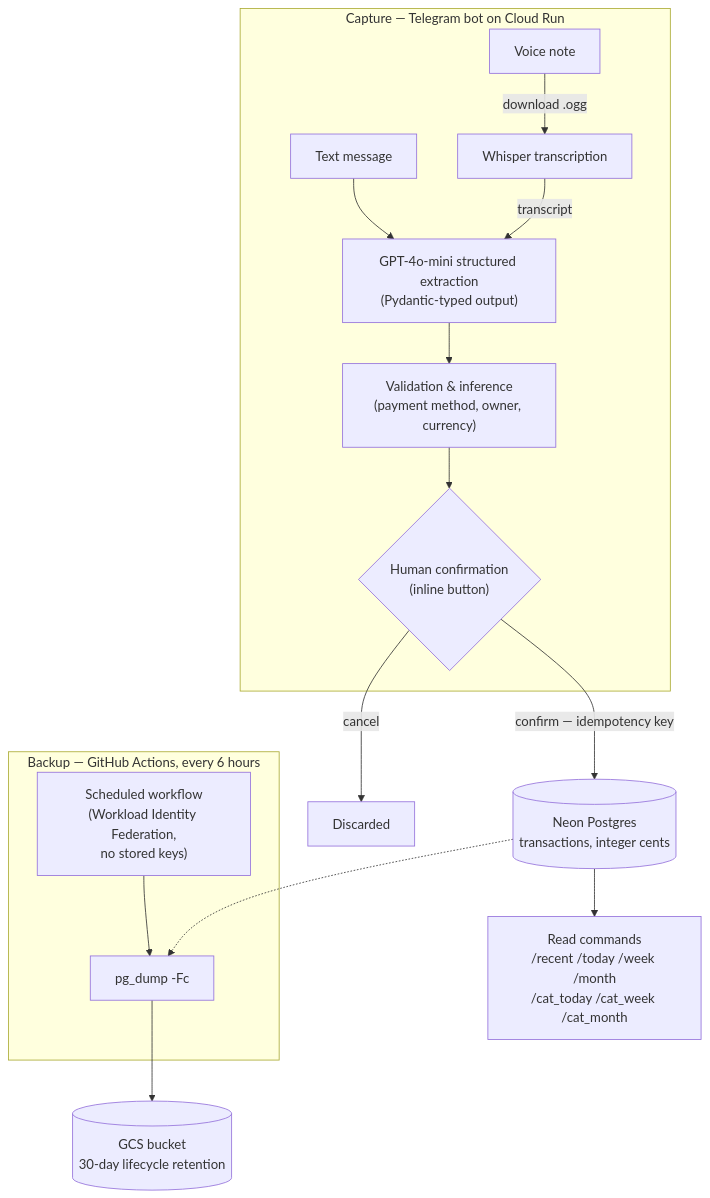
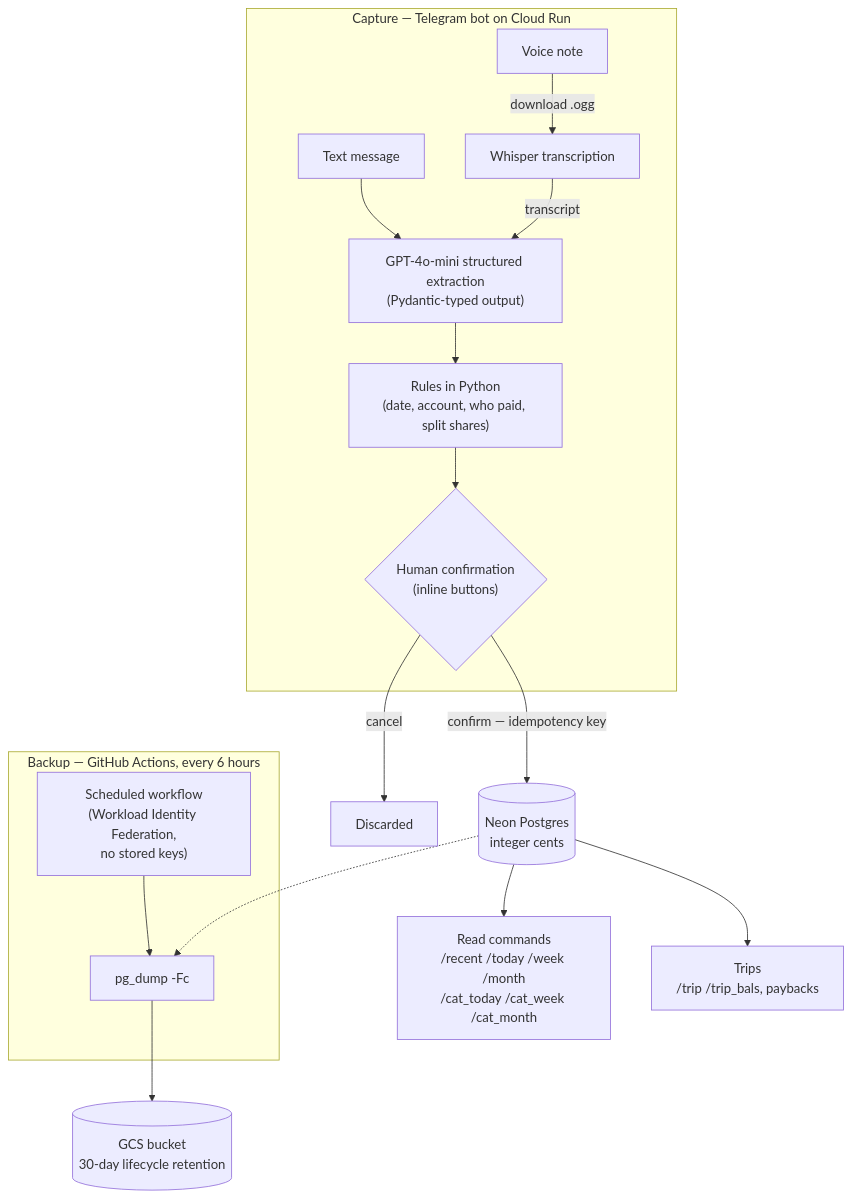
One commit to sujayjangam/unified-ledger-pipeline changed the diagram in README.md. Above: the diagram before and after it, drawn with Mermaid. The commit also changed other lines of this file and 1 other file, not shown here.

First line of the commit message:
docs: refresh README and ROADMAP against what has shipped

````diff
--- a/README.md
+++ b/README.md
@@ -22,18 +22,19 @@
 ```mermaid
 flowchart TD
     subgraph capture["Capture — Telegram bot on Cloud Run"]
         V["Voice note"] -->|"download .ogg"| W["Whisper transcription"]
         T["Text message"] --> E
         W -->|"transcript"| E["GPT-4o-mini structured extraction<br/>(Pydantic-typed output)"]
-        E --> I["Validation & inference<br/>(payment method, owner, currency)"]
-        I --> C{"Human confirmation<br/>(inline button)"}
+        E --> I["Rules in Python<br/>(date, account, who paid, split shares)"]
+        I --> C{"Human confirmation<br/>(inline buttons)"}
     end
-    C -->|"confirm — idempotency key"| DB[("Neon Postgres<br/>transactions, integer cents")]
+    C -->|"confirm — idempotency key"| DB[("Neon Postgres<br/>integer cents")]
     C -->|"cancel"| X["Discarded"]
     DB --> Q["Read commands<br/>/recent /today /week /month<br/>/cat_today /cat_week /cat_month"]
+    DB --> TB["Trips<br/>/trip /trip_bals, paybacks"]
     subgraph backup["Backup — GitHub Actions, every 6 hours"]
         GA["Scheduled workflow<br/>(Workload Identity Federation,<br/>no stored keys)"] --> PD["pg_dump -Fc"]
     end
     DB -.-> PD
     PD --> GCS[("GCS bucket<br/>30-day lifecycle retention")]
 ```
````
